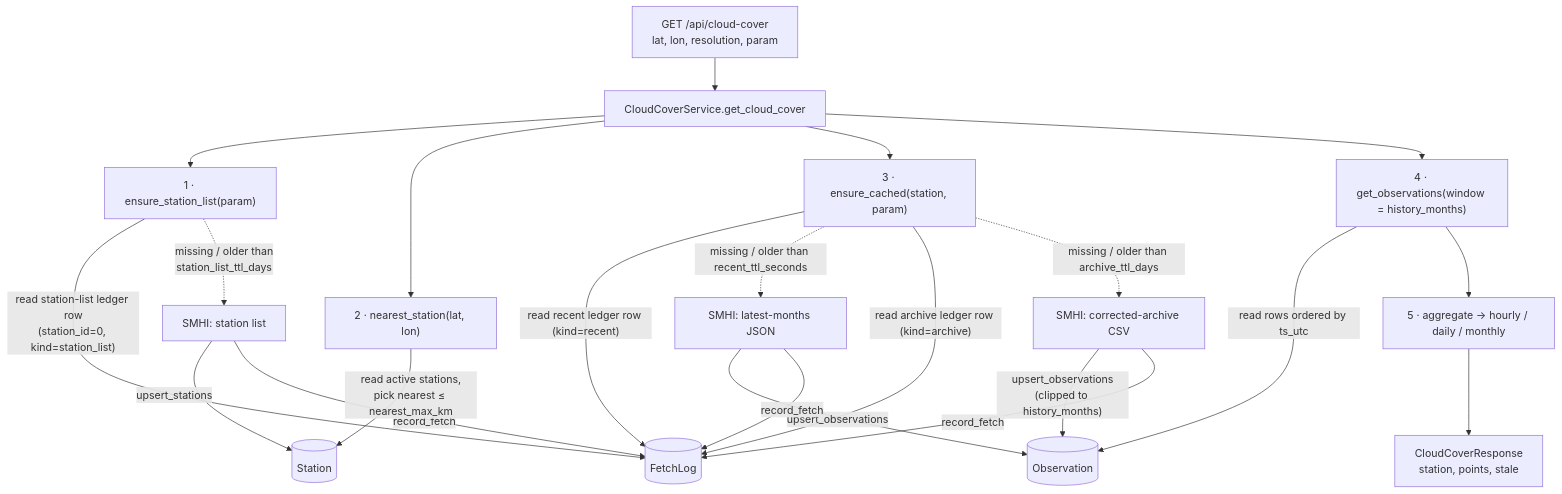
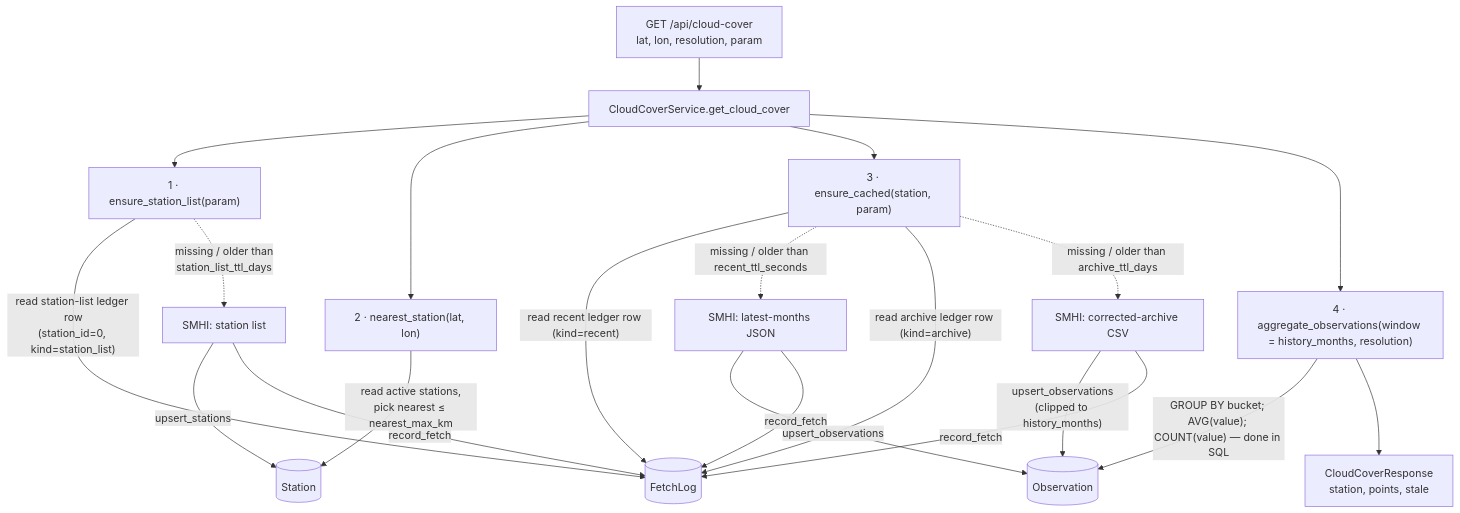
The diagram in README.md (KlasWa/meteo-map-lab), drawn with Mermaid before and after one commit. The commit also changed other lines of this file, not shown here.

Commit message:
docs(readme): update cloud-cover diagram for SQL aggregation; drop CI/CD from out-of-scope

````diff
--- a/README.md
+++ b/README.md
@@ -93,28 +93,27 @@
 ```mermaid
 flowchart TD
     Client["GET /api/cloud-cover<br/>lat, lon, resolution, param"] --> Svc["CloudCoverService.get_cloud_cover"]
 
     Svc --> ESL["1 · ensure_station_list(param)"]
     ESL -->|"read station-list ledger row<br/>(station_id=0, kind=station_list)"| FL[("FetchLog")]
     ESL -.->|"missing / older than<br/>station_list_ttl_days"| SMHI1["SMHI: station list"]
     SMHI1 -->|"upsert_stations"| ST[("Station")]
     SMHI1 -->|"record_fetch"| FL
 
     Svc --> NS["2 · nearest_station(lat, lon)"]
     NS -->|"read active stations,<br/>pick nearest ≤ nearest_max_km"| ST
 
     Svc --> EC["3 · ensure_cached(station, param)"]
     EC -->|"read recent ledger row (kind=recent)"| FL
     EC -.->|"missing / older than recent_ttl_seconds"| SMHI2["SMHI: latest-months JSON"]
     SMHI2 -->|"upsert_observations"| OB[("Observation")]
     SMHI2 -->|"record_fetch"| FL
     EC -->|"read archive ledger row (kind=archive)"| FL
     EC -.->|"missing / older than archive_ttl_days"| SMHI3["SMHI: corrected-archive CSV"]
     SMHI3 -->|"upsert_observations<br/>(clipped to history_months)"| OB
     SMHI3 -->|"record_fetch"| FL
 
-    Svc --> GO["4 · get_observations(window = history_months)"]
-    GO -->|"read rows ordered by ts_utc"| OB
-    GO --> AGG["5 · aggregate → hourly / daily / monthly"]
-    AGG --> Resp["CloudCoverResponse<br/>station, points, stale"]
+    Svc --> AG["4 · aggregate_observations(window = history_months, resolution)"]
+    AG -->|"GROUP BY bucket; AVG(value); COUNT(value) — done in SQL"| OB
+    AG --> Resp["CloudCoverResponse<br/>station, points, stale"]
 ```
````
